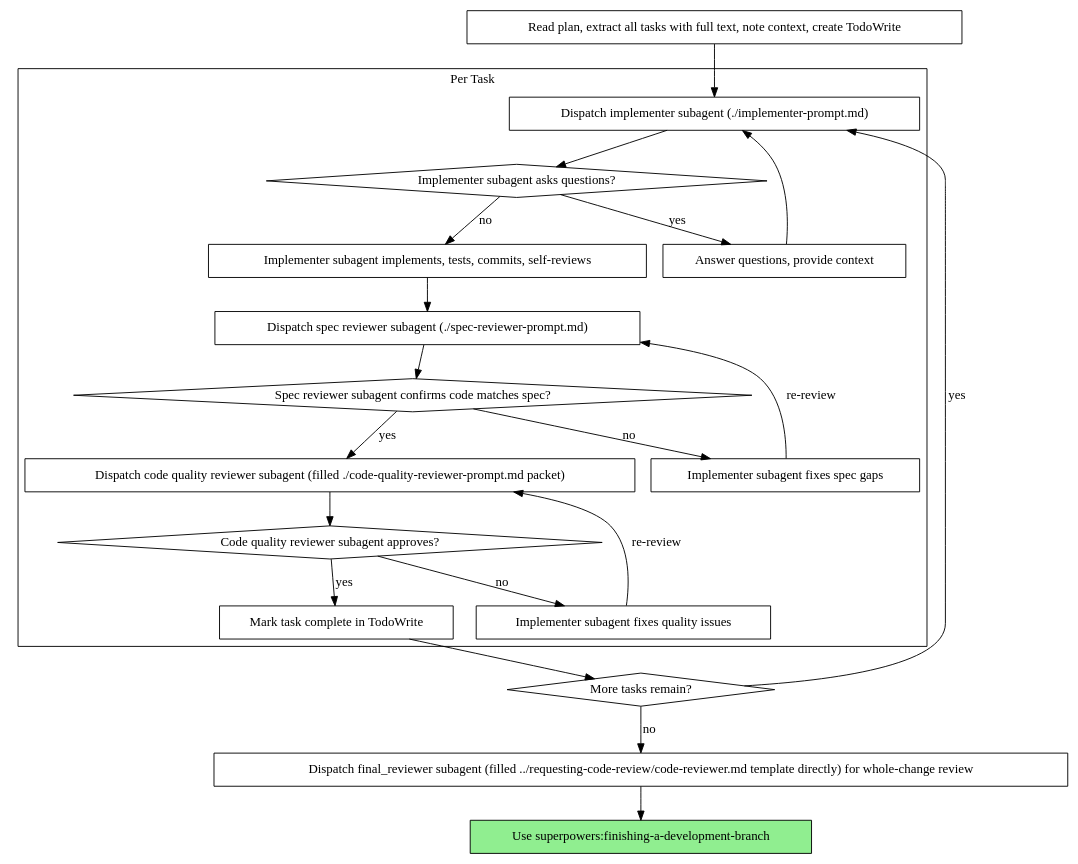
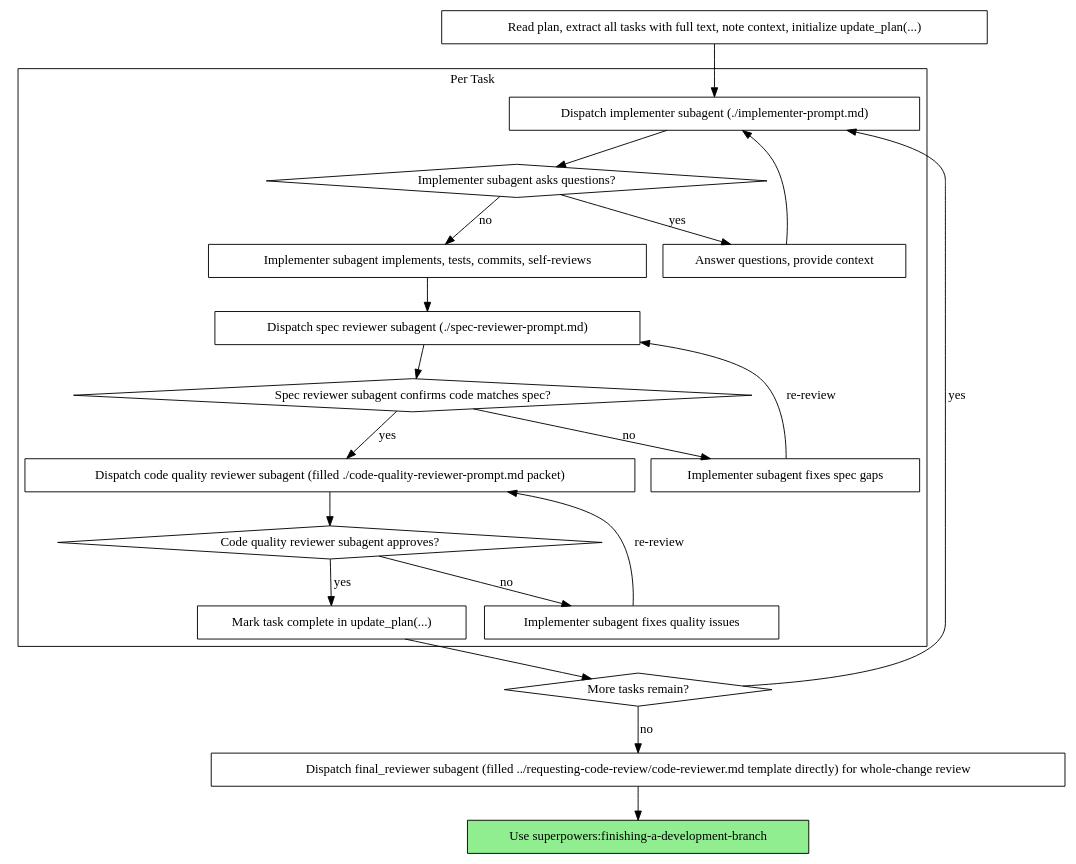
Before and after one commit to MaxFabian25/codex-workflows: the second of 2 diagrams in skills/subagent-driven-development/SKILL.md, drawn with Graphviz. The commit also changed other lines of this file and 10 other files, not shown here.

````diff
--- a/skills/subagent-driven-development/SKILL.md
+++ b/skills/subagent-driven-development/SKILL.md
@@ -44,44 +44,44 @@
 ```dot
 digraph process {
     rankdir=TB;
 
     subgraph cluster_per_task {
         label="Per Task";
         "Dispatch implementer subagent (./implementer-prompt.md)" [shape=box];
         "Implementer subagent asks questions?" [shape=diamond];
         "Answer questions, provide context" [shape=box];
         "Implementer subagent implements, tests, commits, self-reviews" [shape=box];
         "Dispatch spec reviewer subagent (./spec-reviewer-prompt.md)" [shape=box];
         "Spec reviewer subagent confirms code matches spec?" [shape=diamond];
         "Implementer subagent fixes spec gaps" [shape=box];
         "Dispatch code quality reviewer subagent (filled ./code-quality-reviewer-prompt.md packet)" [shape=box];
         "Code quality reviewer subagent approves?" [shape=diamond];
         "Implementer subagent fixes quality issues" [shape=box];
-        "Mark task complete in TodoWrite" [shape=box];
+        "Mark task complete in update_plan(...)" [shape=box];
     }
 
-    "Read plan, extract all tasks with full text, note context, create TodoWrite" [shape=box];
+    "Read plan, extract all tasks with full text, note context, initialize update_plan(...)" [shape=box];
     "More tasks remain?" [shape=diamond];
     "Dispatch final_reviewer subagent (filled ../requesting-code-review/code-reviewer.md template directly) for whole-change review" [shape=box];
     "Use superpowers:finishing-a-development-branch" [shape=box style=filled fillcolor=lightgreen];
 
-    "Read plan, extract all tasks with full text, note context, create TodoWrite" -> "Dispatch implementer subagent (./implementer-prompt.md)";
+    "Read plan, extract all tasks with full text, note context, initialize update_plan(...)" -> "Dispatch implementer subagent (./implementer-prompt.md)";
     "Dispatch implementer subagent (./implementer-prompt.md)" -> "Implementer subagent asks questions?";
     "Implementer subagent asks questions?" -> "Answer questions, provide context" [label="yes"];
     "Answer questions, provide context" -> "Dispatch implementer subagent (./implementer-prompt.md)";
     "Implementer subagent asks questions?" -> "Implementer subagent implements, tests, commits, self-reviews" [label="no"];
     "Implementer subagent implements, tests, commits, self-reviews" -> "Dispatch spec reviewer subagent (./spec-reviewer-prompt.md)";
     "Dispatch spec reviewer subagent (./spec-reviewer-prompt.md)" -> "Spec reviewer subagent confirms code matches spec?";
     "Spec reviewer subagent confirms code matches spec?" -> "Implementer subagent fixes spec gaps" [label="no"];
     "Implementer subagent fixes spec gaps" -> "Dispatch spec reviewer subagent (./spec-reviewer-prompt.md)" [label="re-review"];
     "Spec reviewer subagent confirms code matches spec?" -> "Dispatch code quality reviewer subagent (filled ./code-quality-reviewer-prompt.md packet)" [label="yes"];
     "Dispatch code quality reviewer subagent (filled ./code-quality-reviewer-prompt.md packet)" -> "Code quality reviewer subagent approves?";
     "Code quality reviewer subagent approves?" -> "Implementer subagent fixes quality issues" [label="no"];
     "Implementer subagent fixes quality issues" -> "Dispatch code quality reviewer subagent (filled ./code-quality-reviewer-prompt.md packet)" [label="re-review"];
-    "Code quality reviewer subagent approves?" -> "Mark task complete in TodoWrite" [label="yes"];
-    "Mark task complete in TodoWrite" -> "More tasks remain?";
+    "Code quality reviewer subagent approves?" -> "Mark task complete in update_plan(...)" [label="yes"];
+    "Mark task complete in update_plan(...)" -> "More tasks remain?";
     "More tasks remain?" -> "Dispatch implementer subagent (./implementer-prompt.md)" [label="yes"];
     "More tasks remain?" -> "Dispatch final_reviewer subagent (filled ../requesting-code-review/code-reviewer.md template directly) for whole-change review" [label="no"];
     "Dispatch final_reviewer subagent (filled ../requesting-code-review/code-reviewer.md template directly) for whole-change review" -> "Use superpowers:finishing-a-development-branch";
 }
 ```
````
